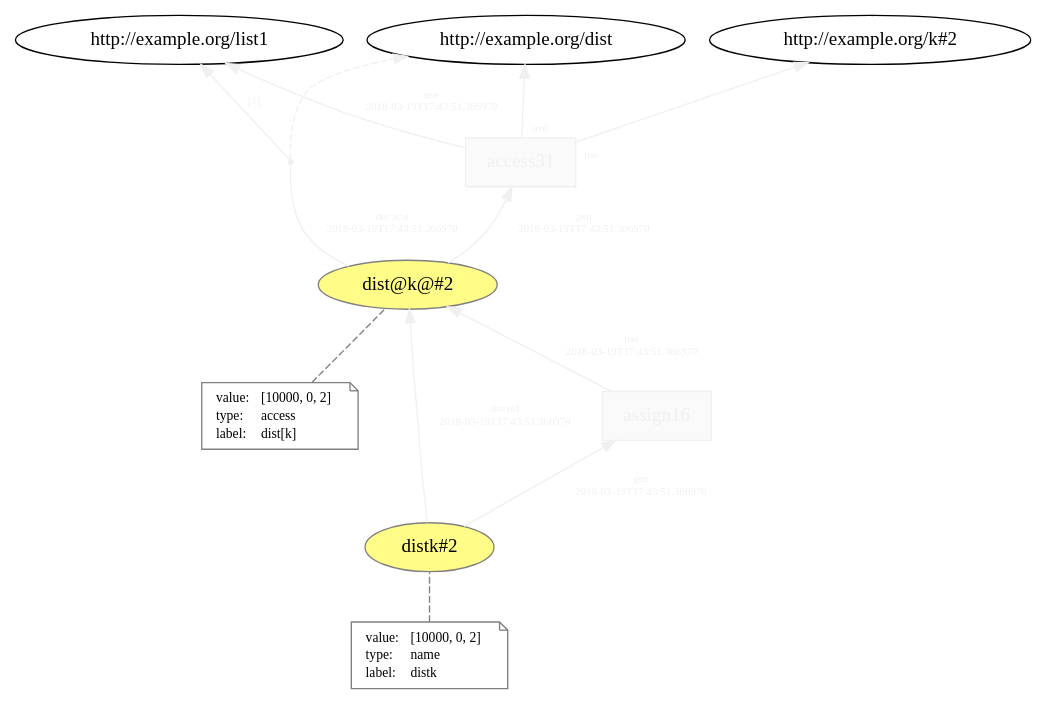
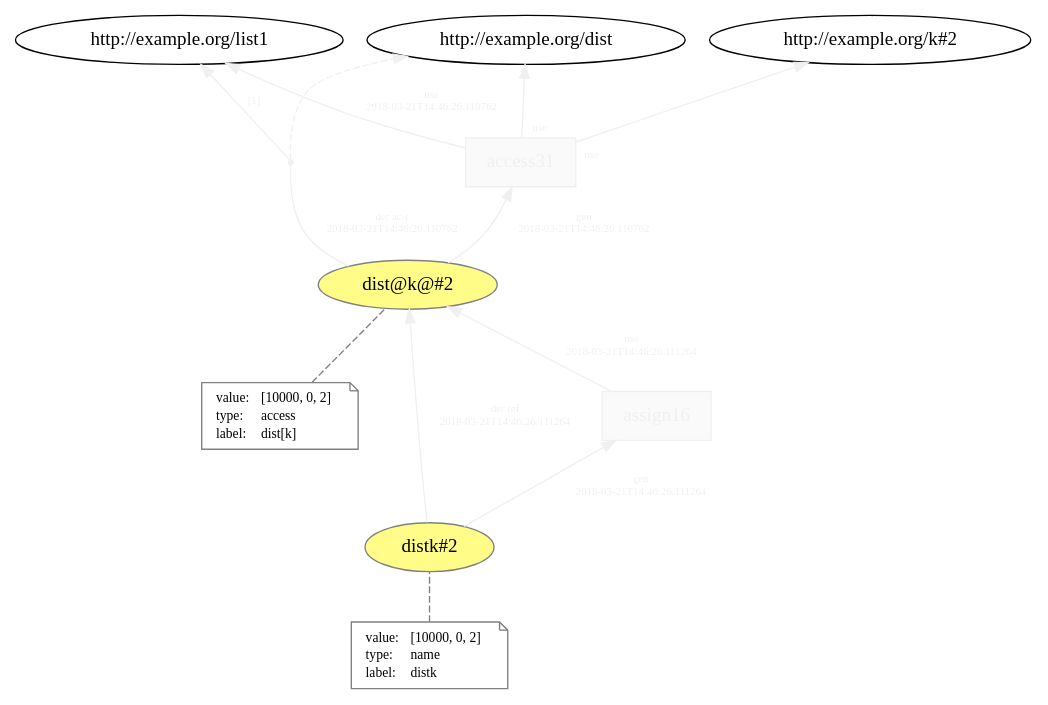
The diagram in generated/intertwined_prov/temp/L13__access__assign_2.dot (dew-uff/versioned-prov), drawn with Graphviz before and after one commit. The commit also changed 779 other files, not shown here.

```diff
--- a/generated/intertwined_prov/temp/L13__access__assign_2.dot
+++ b/generated/intertwined_prov/temp/L13__access__assign_2.dot
@@ -1,53 +1,53 @@
 digraph "PROV" { size="16,12"; rankdir="BT";
 "http://example.org/dist@k@#2" [fillcolor="#FFFC87",color="#808080",style="filled",label="dist@k@#2",URL="http://example.org/dist@k@#2"]
 "-attrs0" [color="gray",shape="note",fontsize="10",fontcolor="black",label=<<TABLE cellpadding="0" border="0">
 	<TR>
 	    <TD align="left">value:</TD>
 	    <TD align="left">[10000, 0, 2]</TD>
 	</TR>
 	<TR>
 	    <TD align="left">type:</TD>
 	    <TD align="left">access</TD>
 	</TR>
 	<TR>
 	    <TD align="left">label:</TD>
 	    <TD align="left">dist[k]</TD>
 	</TR>
 </TABLE>>]
 "-attrs0" -> "http://example.org/dist@k@#2" [color="gray",style="dashed",arrowhead="none"]
 "http://example.org/access31" [fillcolor="#FAFAFA",color="#F0F0F0",shape="polygon",sides="4",style="filled",fontcolor="#F0F0F0",label="access31",URL="http://example.org/access31"]
 "bn0" [shape="point",label="",fontcolor="#F0F0F0",color="#F0F0F0"]
 "http://example.org/dist@k@#2" -> "bn0" [fontsize="8",distance="1.5",angle="60.0",rotation="20",label="der ac-r
-2018-03-19T17:43:51.366970",arrowhead="none",fontcolor="#F0F0F0",color="#F0F0F0"]
+2018-03-21T14:46:26.110762",arrowhead="none",fontcolor="#F0F0F0",color="#F0F0F0"]
 "bn0" -> "http://example.org/dist" [style="dashed",fontcolor="#F0F0F0",color="#F0F0F0"]
 "bn0" -> "http://example.org/list1" [fontsize="8",distance="1.5",angle="60.0",rotation="20",label="[1]",fontcolor="#F0F0F0",color="#F0F0F0"]
 "http://example.org/access31" -> "http://example.org/dist" [labelfontsize="8",labeldistance="1.5",labelangle="60.0",rotation="20",taillabel="use",fontcolor="#F0F0F0",color="#F0F0F0"]
 "http://example.org/access31" -> "http://example.org/k#2" [labelfontsize="8",labeldistance="1.5",labelangle="60.0",rotation="20",taillabel="use",fontcolor="#F0F0F0",color="#F0F0F0"]
 "http://example.org/distk#2" [fillcolor="#FFFC87",color="#808080",style="filled",label="distk#2",URL="http://example.org/distk#2"]
 "-attrs1" [color="gray",shape="note",fontsize="10",fontcolor="black",label=<<TABLE cellpadding="0" border="0">
 	<TR>
 	    <TD align="left">value:</TD>
 	    <TD align="left">[10000, 0, 2]</TD>
 	</TR>
 	<TR>
 	    <TD align="left">type:</TD>
 	    <TD align="left">name</TD>
 	</TR>
 	<TR>
 	    <TD align="left">label:</TD>
 	    <TD align="left">distk</TD>
 	</TR>
 </TABLE>>]
 "-attrs1" -> "http://example.org/distk#2" [color="gray",style="dashed",arrowhead="none"]
 "http://example.org/assign16" [fillcolor="#FAFAFA",color="#F0F0F0",shape="polygon",sides="4",style="filled",fontcolor="#F0F0F0",label="assign16",URL="http://example.org/assign16"]
 "http://example.org/distk#2" -> "http://example.org/dist@k@#2" [fontsize="8",distance="1.5",angle="60.0",rotation="20",label="der ref
-2018-03-19T17:43:51.366970",fontcolor="#F0F0F0",color="#F0F0F0"]
+2018-03-21T14:46:26.111264",fontcolor="#F0F0F0",color="#F0F0F0"]
 "http://example.org/access31" -> "http://example.org/list1" [fontsize="8",distance="1.5",angle="60.0",rotation="20",label="use
-2018-03-19T17:43:51.366970",fontcolor="#F0F0F0",color="#F0F0F0"]
+2018-03-21T14:46:26.110762",fontcolor="#F0F0F0",color="#F0F0F0"]
 "http://example.org/assign16" -> "http://example.org/dist@k@#2" [fontsize="8",distance="1.5",angle="60.0",rotation="20",label="use
-2018-03-19T17:43:51.366970",fontcolor="#F0F0F0",color="#F0F0F0"]
+2018-03-21T14:46:26.111264",fontcolor="#F0F0F0",color="#F0F0F0"]
 "http://example.org/dist@k@#2" -> "http://example.org/access31" [fontsize="8",distance="1.5",angle="60.0",rotation="20",label="gen
-2018-03-19T17:43:51.366970",fontcolor="#F0F0F0",color="#F0F0F0"]
+2018-03-21T14:46:26.110762",fontcolor="#F0F0F0",color="#F0F0F0"]
 "http://example.org/distk#2" -> "http://example.org/assign16" [fontsize="8",distance="1.5",angle="60.0",rotation="20",label="gen
-2018-03-19T17:43:51.366970",fontcolor="#F0F0F0",color="#F0F0F0"]
+2018-03-21T14:46:26.111264",fontcolor="#F0F0F0",color="#F0F0F0"]
 }
```
